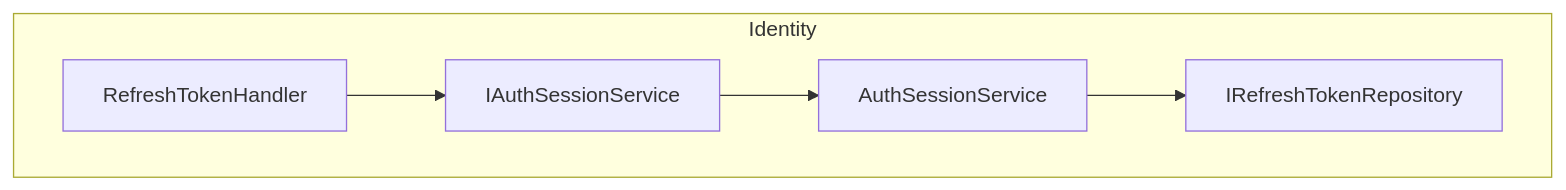
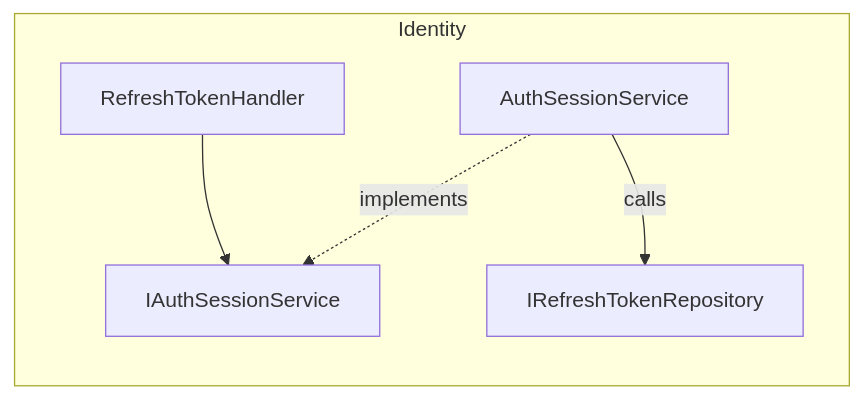
One commit to mhasabalah/StarterKit changed the first of 7 diagrams in wiki/Reference/Diagram-Style.md. Above: the diagram before and after it, drawn with Mermaid. The commit also changed other lines of this file and 152 other files, not shown here.

Commit message:
feat(docs): add Fumadocs V2 and standardize diagrams

````diff
--- a/wiki/Reference/Diagram-Style.md
+++ b/wiki/Reference/Diagram-Style.md
@@ -40,8 +88,14 @@
 ```mermaid
 flowchart TB
+  accTitle: Flow
+  accDescr: The refresh handler delegates session rotation to the session service and repository.
   subgraph Identity
+    direction TB
     H[RefreshTokenHandler] --> S[IAuthSessionService]
-    S --> A[AuthSessionService]
-    A --> R[IRefreshTokenRepository]
+    A[AuthSessionService] -.->|implements| S
+    A -->|calls| R[IRefreshTokenRepository]
   end
+  class H,S,A application
+  class R infrastructure
+  class S,R port
 ```
````
